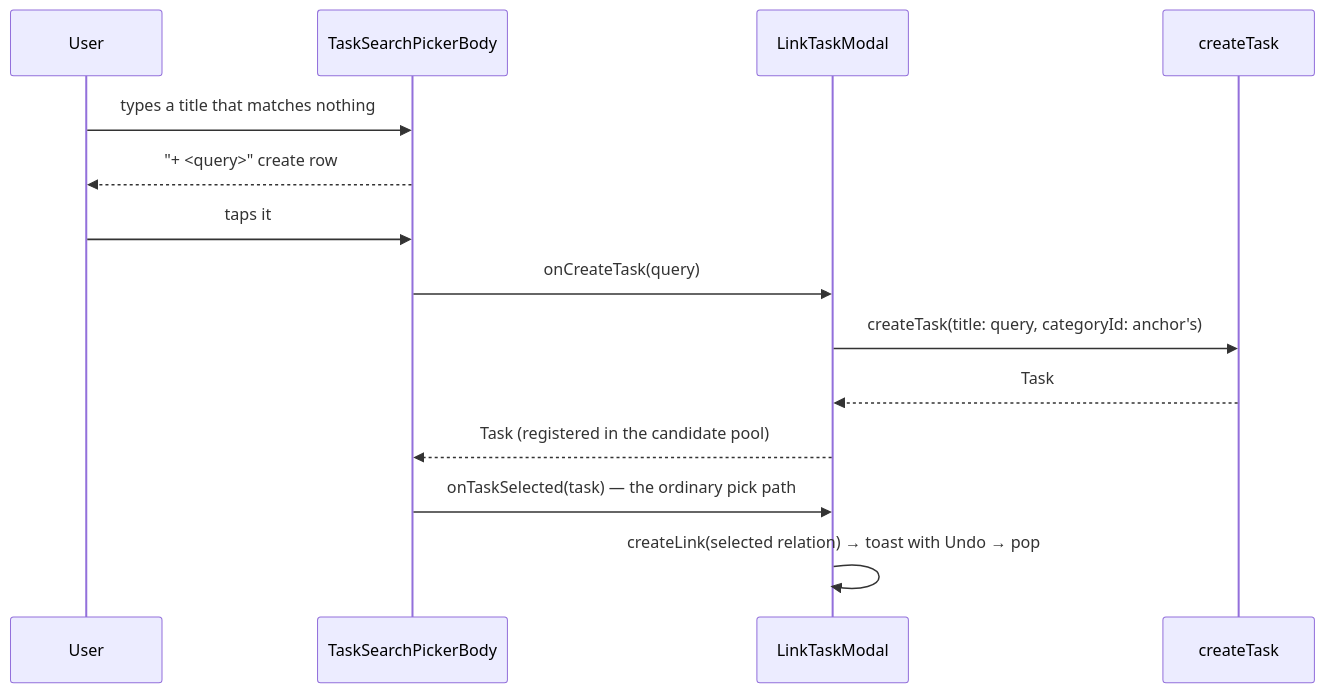
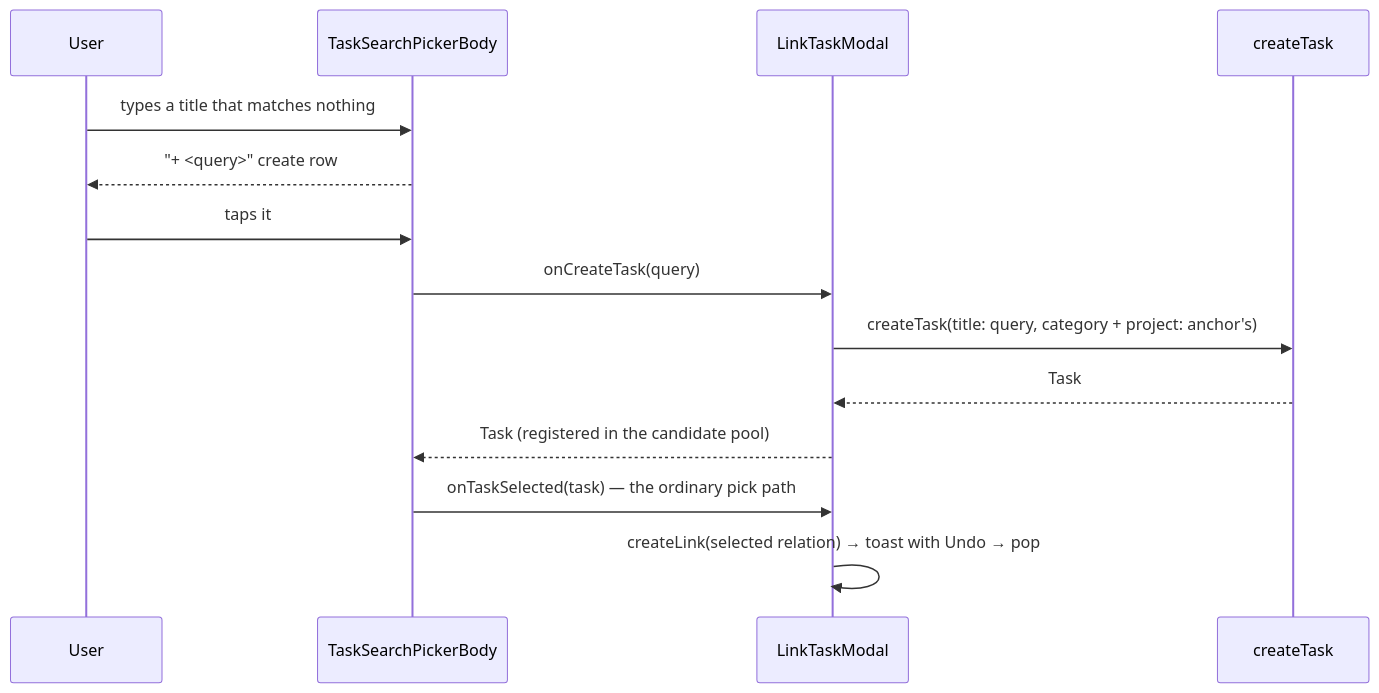
Diagram 13 of 19 in lib/features/tasks/README.md (matthiasn/lotti), drawn with Mermaid before and after one commit. The commit also changed other lines of this file and 9 other files, not shown here.

````diff
--- a/lib/features/tasks/README.md
+++ b/lib/features/tasks/README.md
@@ -711,16 +715,16 @@
 ```mermaid
 sequenceDiagram
   participant U as User
   participant P as TaskSearchPickerBody
   participant M as LinkTaskModal
   participant C as createTask
   U->>P: types a title that matches nothing
   P-->>U: "+ <query>" create row
   U->>P: taps it
   P->>M: onCreateTask(query)
-  M->>C: createTask(title: query, categoryId: anchor's)
+  M->>C: createTask(title: query, category + project: anchor's)
   C-->>M: Task
   M-->>P: Task (registered in the candidate pool)
   P->>M: onTaskSelected(task) — the ordinary pick path
   M->>M: createLink(selected relation) → toast with Undo → pop
 ```
````
